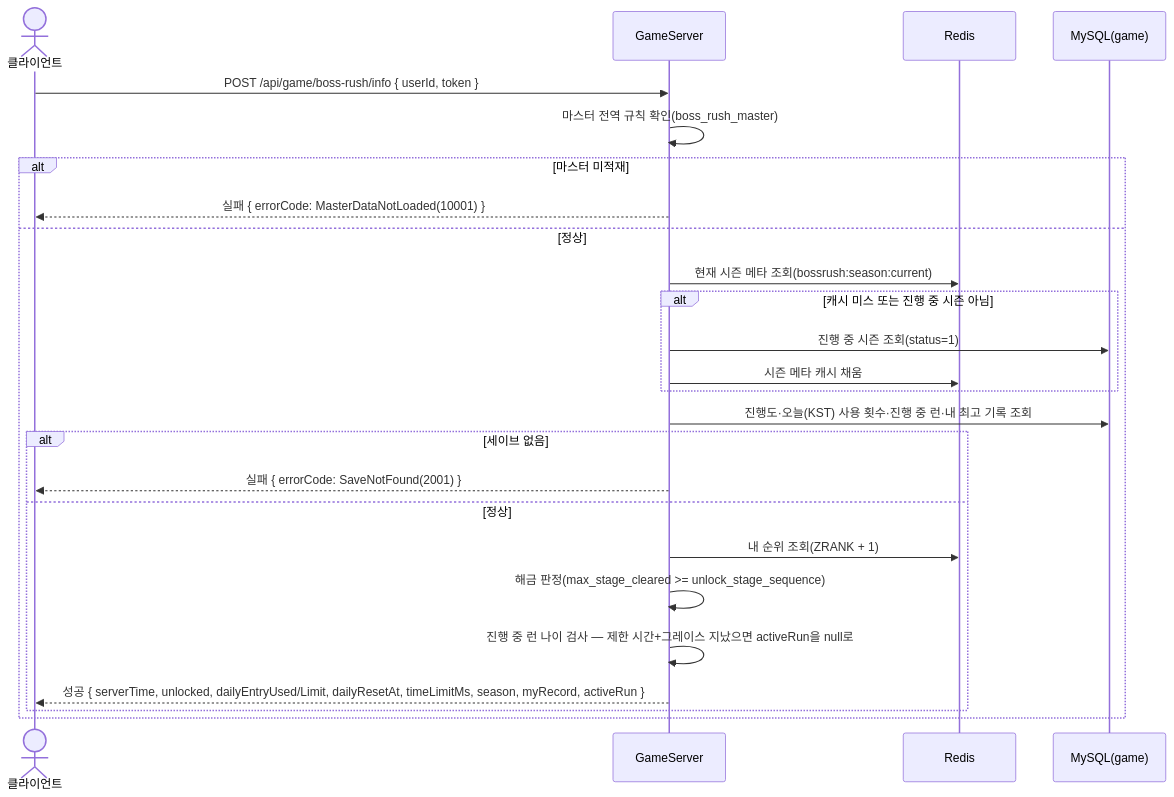
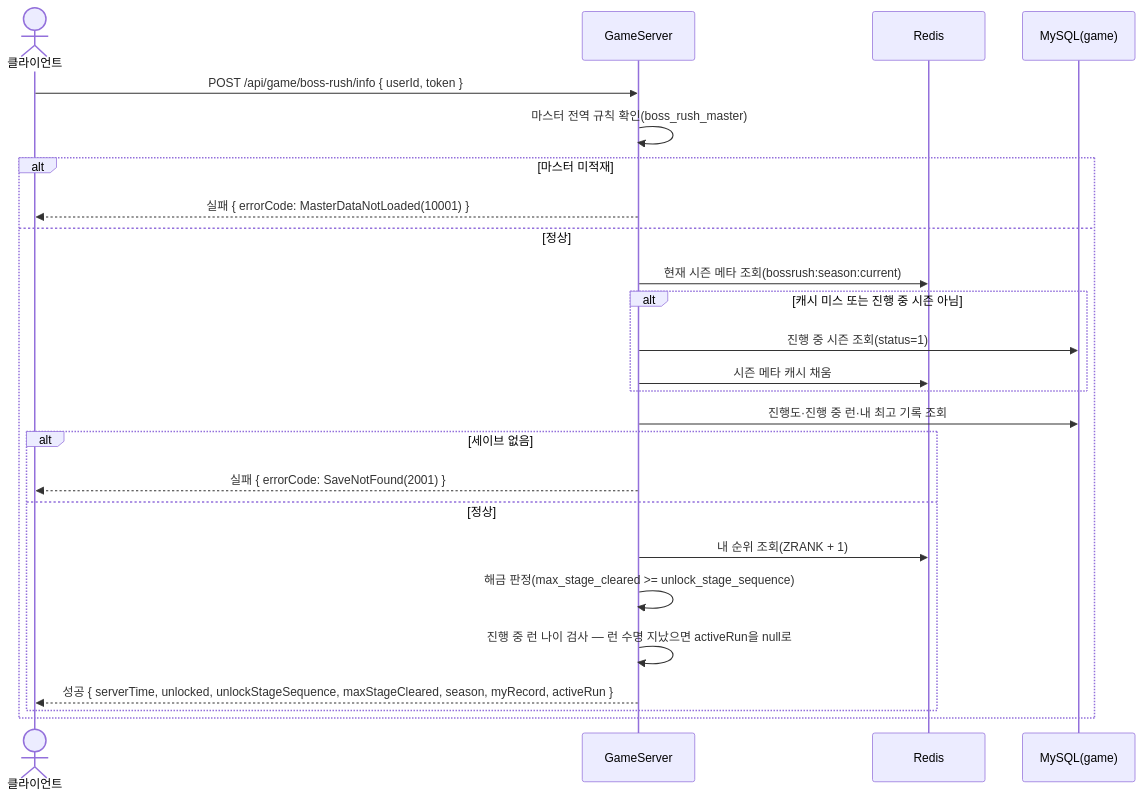
Diagram 41 of 46 in SequenceDiagram/README.md (ks-wook/com2us-taskbar-hero), drawn with Mermaid before and after one commit. The commit also changed other lines of this file and 13 other files, not shown here.

````diff
--- a/SequenceDiagram/README.md
+++ b/SequenceDiagram/README.md
@@ -1346,28 +1347,28 @@
 ```mermaid
 sequenceDiagram
     actor C as 클라이언트
     participant S as GameServer
     participant R as Redis
     participant DB as MySQL(game)
 
     C->>S: POST /api/game/boss-rush/info { userId, token }
     S->>S: 마스터 전역 규칙 확인(boss_rush_master)
     alt 마스터 미적재
         S-->>C: 실패 { errorCode: MasterDataNotLoaded(10001) }
     else 정상
         S->>R: 현재 시즌 메타 조회(bossrush:season:current)
         alt 캐시 미스 또는 진행 중 시즌 아님
             S->>DB: 진행 중 시즌 조회(status=1)
             S->>R: 시즌 메타 캐시 채움
         end
-        S->>DB: 진행도·오늘(KST) 사용 횟수·진행 중 런·내 최고 기록 조회
+        S->>DB: 진행도·진행 중 런·내 최고 기록 조회
         alt 세이브 없음
             S-->>C: 실패 { errorCode: SaveNotFound(2001) }
         else 정상
             S->>R: 내 순위 조회(ZRANK + 1)
             S->>S: 해금 판정(max_stage_cleared >= unlock_stage_sequence)
-            S->>S: 진행 중 런 나이 검사 — 제한 시간+그레이스 지났으면 activeRun을 null로
-            S-->>C: 성공 { serverTime, unlocked, dailyEntryUsed/Limit, dailyResetAt, timeLimitMs, season, myRecord, activeRun }
+            S->>S: 진행 중 런 나이 검사 — 런 수명 지났으면 activeRun을 null로
+            S-->>C: 성공 { serverTime, unlocked, unlockStageSequence, maxStageCleared, season, myRecord, activeRun }
         end
     end
 ```
````
